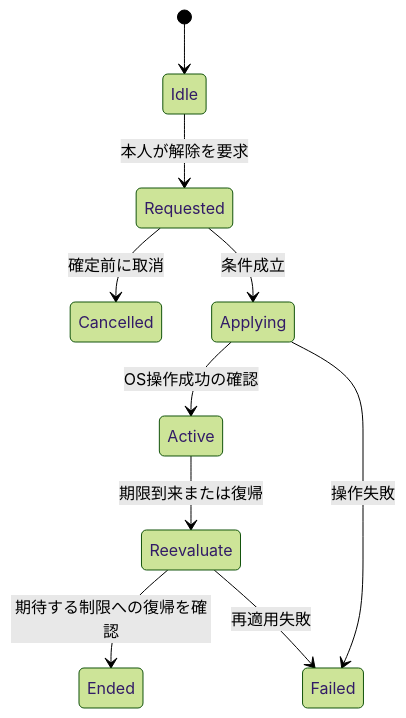
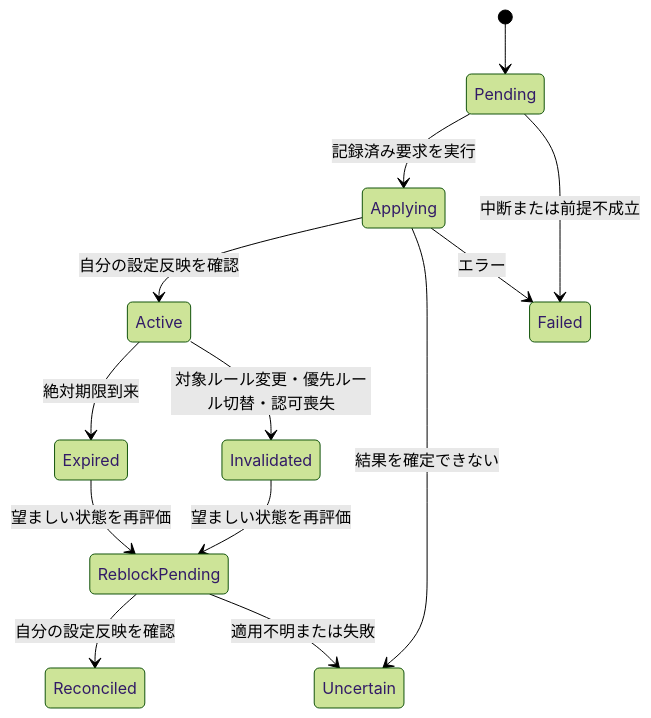
The diagram in docs/system/domain-model.md (kzk-maeda/itoma), drawn with Mermaid (forest theme) before and after one commit. The commit also changed other lines of this file and 12 other files, not shown here.

Commit message:
docs: propose core domain rules architecture and persistence design

````diff
--- a/docs/system/domain-model.md
+++ b/docs/system/domain-model.md
@@ -19,12 +29,15 @@
 ```mermaid
 stateDiagram-v2
-  [*] --> Idle
-  Idle --> Requested: 本人が解除を要求
-  Requested --> Cancelled: 確定前に取消
-  Requested --> Applying: 条件成立
-  Applying --> Active: OS操作成功の確認
-  Applying --> Failed: 操作失敗
-  Active --> Reevaluate: 期限到来または復帰
-  Reevaluate --> Ended: 期待する制限への復帰を確認
-  Reevaluate --> Failed: 再適用失敗
+  [*] --> Pending
+  Pending --> Applying: 記録済み要求を実行
+  Pending --> Failed: 中断または前提不成立
+  Applying --> Active: 自分の設定反映を確認
+  Applying --> Uncertain: 結果を確定できない
+  Applying --> Failed: エラー
+  Active --> Expired: 絶対期限到来
+  Active --> Invalidated: 対象ルール変更・優先ルール切替・認可喪失
+  Expired --> ReblockPending: 望ましい状態を再評価
+  Invalidated --> ReblockPending: 望ましい状態を再評価
+  ReblockPending --> Reconciled: 自分の設定反映を確認
+  ReblockPending --> Uncertain: 適用不明または失敗
 ```
````
